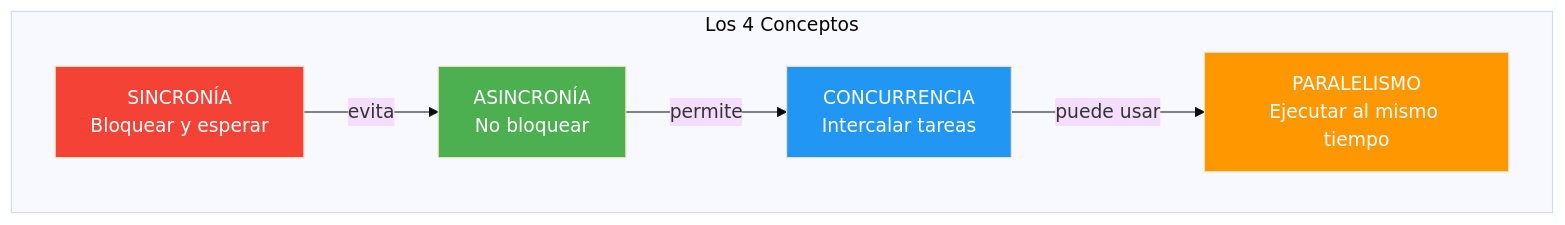
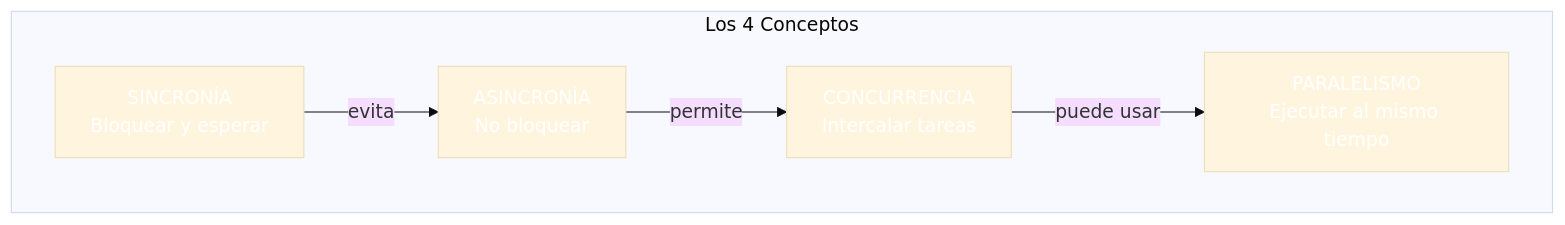
The ninth of 21 diagrams in 16-concurrencia-asincronia.md (joseluisgs/DesarrolloWebEntornosServidor-01-2026-2027), drawn with Mermaid (base theme) before and after one commit. The commit also changed other lines of this file and 66 other files, not shown here.

First line of the commit message:
fix: normalizar titulos al castellano de frase y corregir la paleta de mermaid

````diff
--- a/16-concurrencia-asincronia.md
+++ b/16-concurrencia-asincronia.md
@@ -438,18 +438,18 @@
 ```mermaid
 graph TB
     subgraph CONCEPTOS["Los 4 Conceptos"]
         S["SINCRONÍA<br/>Bloquear y esperar"]
         A["ASINCRONÍA<br/>No bloquear"]
         C["CONCURRENCIA<br/>Intercalar tareas"]
         P["PARALELISMO<br/>Ejecutar al mismo tiempo"]
     end
 
     S -->|"evita"| A
     A -->|"permite"| C
     C -->|"puede usar"| P
 
-    style S fill:#f44336,color:#fff
-    style A fill:#4CAF50,color:#fff
-    style C fill:#2196F3,color:#fff
-    style P fill:#FF9800,color:#fff
+    style S fill:#f4433,color:#fff6,color:#fff
+    style A fill:#4CAF5,color:#fff0,color:#fff
+    style C fill:#2196F,color:#fff3,color:#fff
+    style P fill:#FF980,color:#fff0,color:#fff
 ```
````
